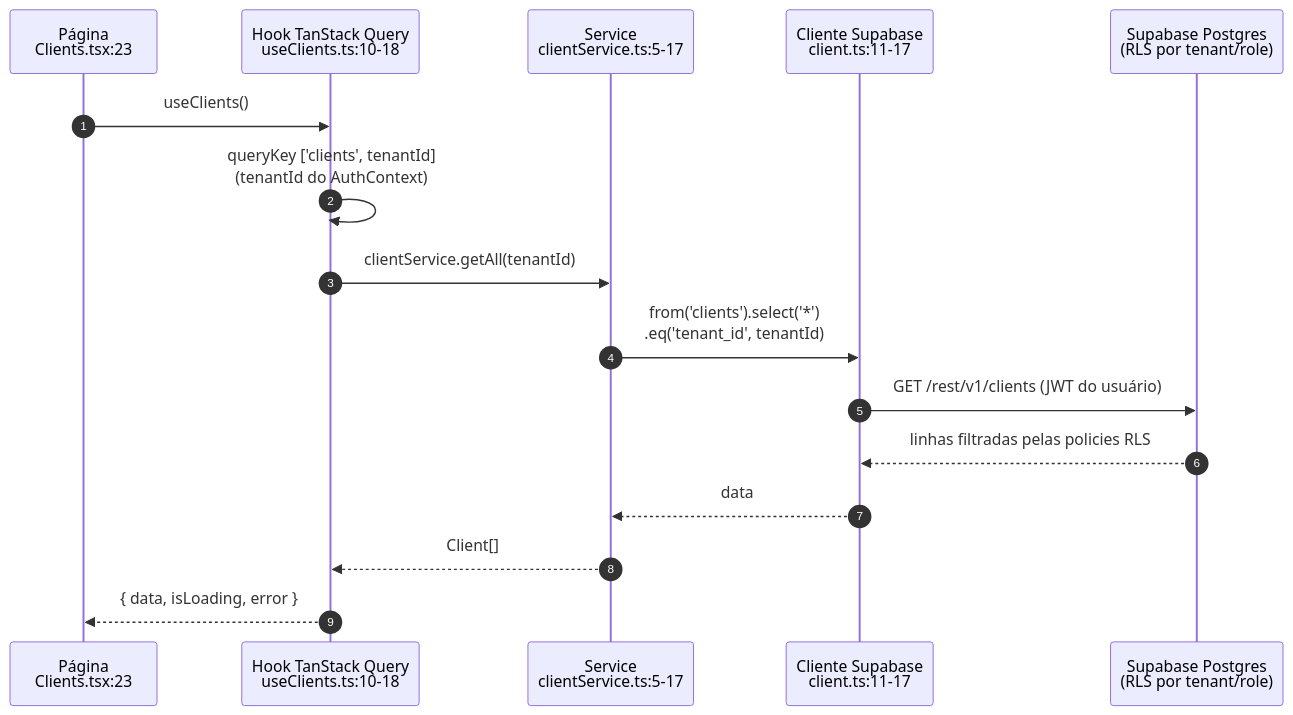
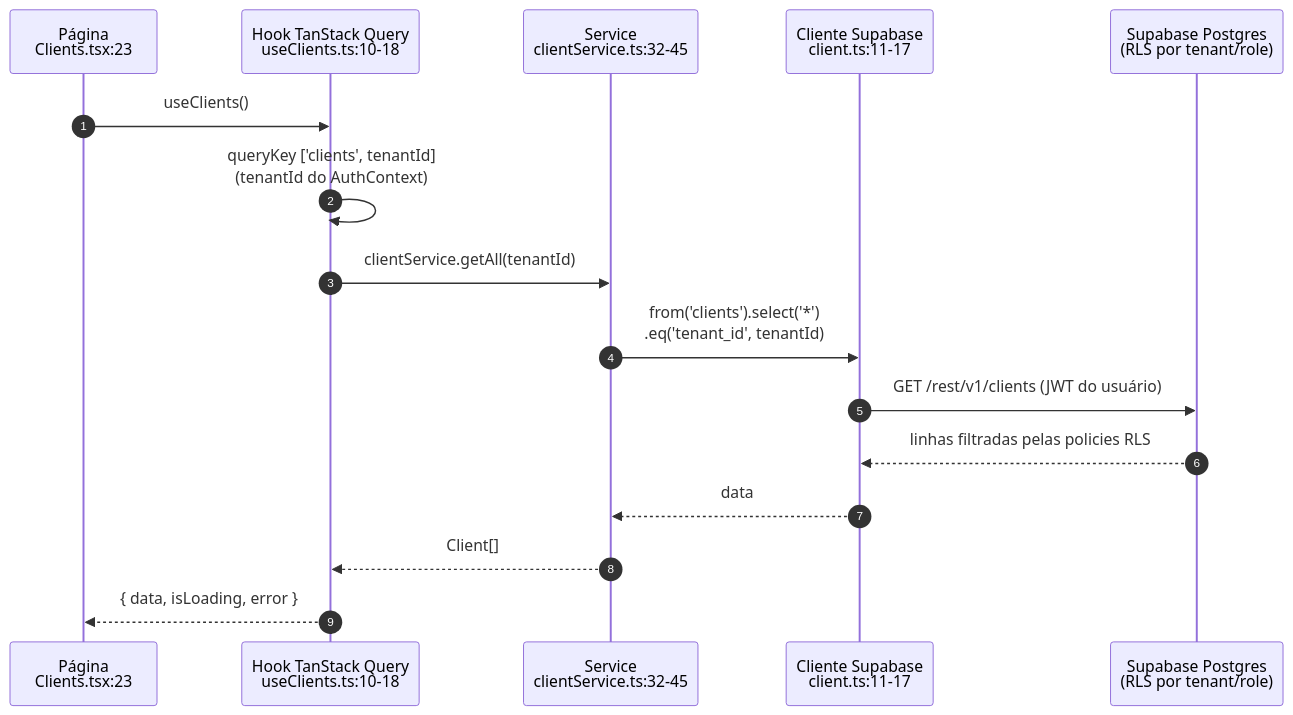
One commit to Origami-Lab-Organization/og-pulse changed the first of 2 diagrams in .harness/docs/architecture/overview.md. Above: the diagram before and after it, drawn with Mermaid. The commit also changed 69 other files, not shown here.

````diff
--- a/.harness/docs/architecture/overview.md
+++ b/.harness/docs/architecture/overview.md
@@ -153,19 +153,19 @@
 ```mermaid
 sequenceDiagram
     autonumber
     participant P as Página<br/>Clients.tsx:23
     participant H as Hook TanStack Query<br/>useClients.ts:10-18
-    participant S as Service<br/>clientService.ts:5-17
+    participant S as Service<br/>clientService.ts:32-45
     participant C as Cliente Supabase<br/>client.ts:11-17
     participant DB as Supabase Postgres<br/>(RLS por tenant/role)
 
     P->>H: useClients()
     H->>H: queryKey ['clients', tenantId]<br/>(tenantId do AuthContext)
     H->>S: clientService.getAll(tenantId)
     S->>C: from('clients').select('*')<br/>.eq('tenant_id', tenantId)
     C->>DB: GET /rest/v1/clients (JWT do usuário)
     DB-->>C: linhas filtradas pelas policies RLS
     C-->>S: data
     S-->>H: Client[]
     H-->>P: { data, isLoading, error }
 ```
````
